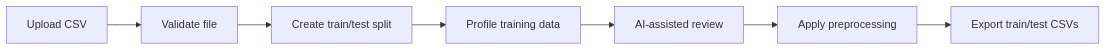
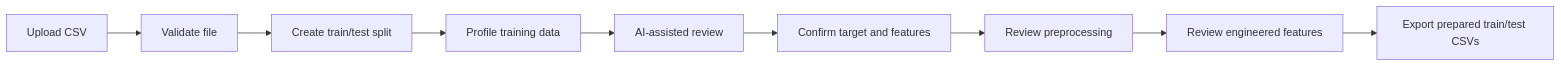
One commit to gabmeirinho/cf_ai_automated_fe changed the first of 2 diagrams in README.md. Above: the diagram before and after it, drawn with Mermaid. The commit also changed other lines of this file, not shown here.

````diff
--- a/README.md
+++ b/README.md
@@ -38,9 +63,11 @@
 ```mermaid
 flowchart LR
   A[Upload CSV] --> B[Validate file]
   B --> C[Create train/test split]
   C --> D[Profile training data]
   D --> E[AI-assisted review]
-  E --> F[Apply preprocessing]
-  F --> G[Export train/test CSVs]
+  E --> F[Confirm target and features]
+  F --> G[Review preprocessing]
+  G --> H[Review engineered features]
+  H --> I[Export prepared train/test CSVs]
 ```
````
